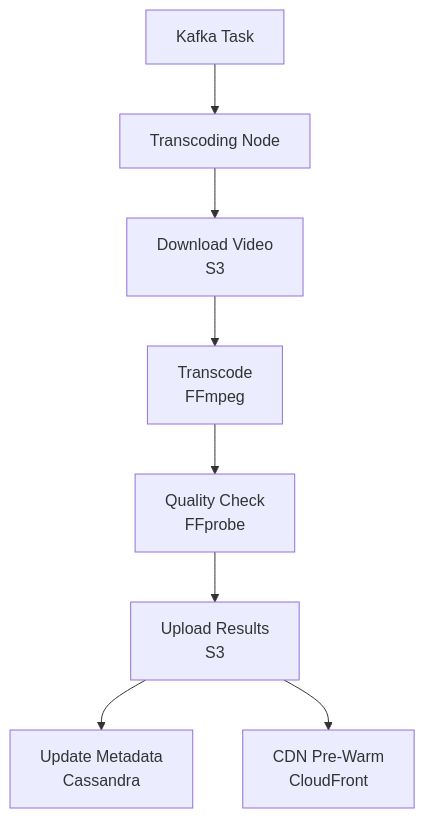
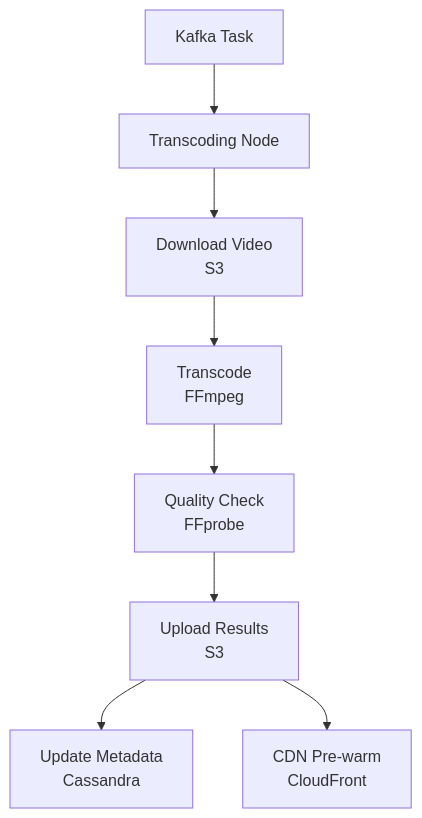
The fourth of 5 diagrams in _projects/3_project.md (zhengstar94/zhengstar94.github.io), drawn with Mermaid before and after one commit. The commit also changed other lines of this file, not shown here.

````diff
--- a/_projects/3_project.md
+++ b/_projects/3_project.md
@@ -515,10 +499,10 @@
 ```mermaid
 graph TD
 A[Kafka Task] --> B[Transcoding Node]
 B --> C[Download Video<br>S3]
 C --> D[Transcode<br>FFmpeg]
 D --> E[Quality Check<br>FFprobe]
 E --> F[Upload Results<br>S3]
 F --> G[Update Metadata<br>Cassandra]
-F --> H[CDN Pre-Warm<br>CloudFront]
+F --> H[CDN Pre-warm<br>CloudFront]
 ```
````
